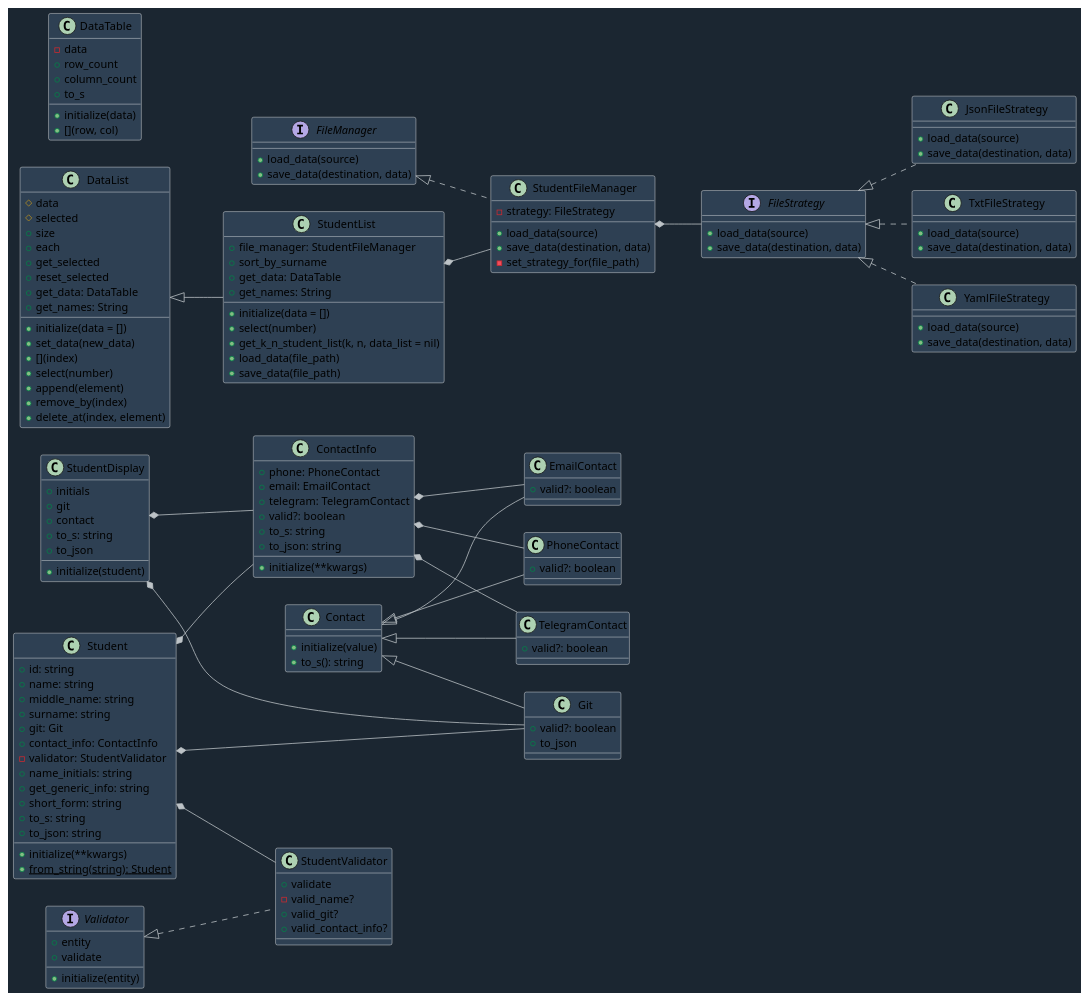
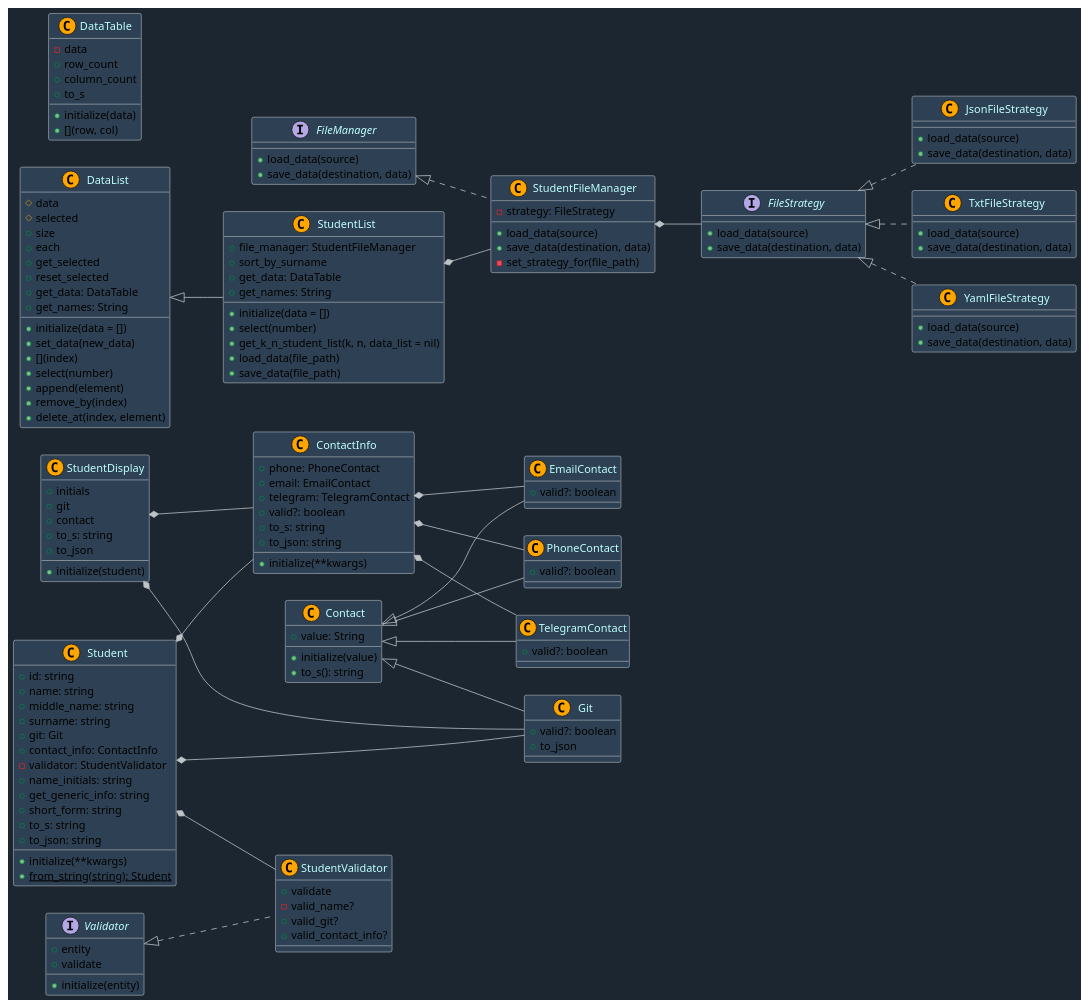
The diagram in Labs/diagram_builder.puml (SnowLukin/Pattern_Class), drawn with PlantUML before and after one commit.

Commit message:
Fixed diagram.

```diff
--- a/Labs/diagram_builder.puml
+++ b/Labs/diagram_builder.puml
@@ -1,163 +1,165 @@
 @startuml
 
 left to right direction
 skinparam backgroundColor #1B2631
 skinparam class {
   BackgroundColor #2E4053
   BorderColor #1111111
   ArrowColor #BDC3C7
+  FontColor #BFFFFF
 }
 
-class Contact {
+class Contact << (C, #FFA500) >> {
+    + value: String
     + initialize(value)
     + to_s(): string
 }
 
-class EmailContact extends Contact {
+class EmailContact << (C, #FFA500) >> extends Contact {
     + valid?: boolean
 }
 
-class PhoneContact extends Contact {
+class PhoneContact << (C, #FFA500) >> extends Contact {
     + valid?: boolean
 }
 
-class TelegramContact extends Contact {
+class TelegramContact << (C, #FFA500) >> extends Contact {
     + valid?: boolean
 }
 
-class Git extends Contact {
+class Git << (C, #FFA500) >> extends Contact {
     + valid?: boolean
     + to_json
 }
 
-class ContactInfo {
+class ContactInfo << (C, #FFA500) >> {
     + phone: PhoneContact
     + email: EmailContact
     + telegram: TelegramContact
     + initialize(**kwargs)
     + valid?: boolean
     + to_s: string
     + to_json: string
 }
 
-class Student {
+class Student << (C, #FFA500) >> {
     + id: string
     + name: string
     + middle_name: string
     + surname: string
     + git: Git
     + contact_info: ContactInfo
     - validator: StudentValidator
     + initialize(**kwargs)
     + name_initials: string
     + get_generic_info: string
     + short_form: string
     + to_s: string
     + to_json: string
     + {static} from_string(string): Student
 }
 
-class StudentDisplay {
+class StudentDisplay << (C, #FFA500) >> {
     + initials
     + git
     + contact
     + initialize(student)
     + to_s: string
     + to_json
 }
 
 interface Validator {
     + entity
     + initialize(entity)
     + validate
 }
 
-class StudentValidator implements Validator {
+class StudentValidator << (C, #FFA500) >>  implements Validator {
     + validate
     - valid_name?
     + valid_git?
     + valid_contact_info?
 }
 
 interface FileManager {
     + load_data(source)
     + save_data(destination, data)
 }
 
-class StudentFileManager implements FileManager {
+class StudentFileManager << (C, #FFA500) >>  implements FileManager {
     - strategy: FileStrategy
     + load_data(source)
     + save_data(destination, data)
     - set_strategy_for(file_path)
 }
 
 interface FileStrategy {
     + load_data(source)
     + save_data(destination, data)
 }
 
-class JsonFileStrategy implements FileStrategy {
+class JsonFileStrategy << (C, #FFA500) >>  implements FileStrategy {
     + load_data(source)
     + save_data(destination, data)
 }
 
-class TxtFileStrategy implements FileStrategy {
+class TxtFileStrategy << (C, #FFA500) >>  implements FileStrategy {
     + load_data(source)
     + save_data(destination, data)
 }
 
-class YamlFileStrategy implements FileStrategy {
+class YamlFileStrategy << (C, #FFA500) >>  implements FileStrategy {
     + load_data(source)
     + save_data(destination, data)
 }
 
-class DataTable {
+class DataTable << (C, #FFA500) >>  {
     - data
     + initialize(data)
     + [](row, col)
     + row_count
     + column_count
     + to_s
 }
 
-class DataList {
+class DataList << (C, #FFA500) >>  {
     # data
     # selected
     + initialize(data = [])
     + set_data(new_data)
     + [](index)
     + size
     + each
     + select(number)
     + get_selected
     + reset_selected
     + append(element)
     + remove_by(index)
     + delete_at(index, element)
     + get_data: DataTable
     + get_names: String
 }
 
-class StudentList extends DataList {
+class StudentList << (C, #FFA500) >>  extends DataList {
     + file_manager: StudentFileManager
     + initialize(data = [])
     + select(number)
     + sort_by_surname
     + get_k_n_student_list(k, n, data_list = nil)
     + load_data(file_path)
     + save_data(file_path)
     + get_data: DataTable
     + get_names: String
 }
 
 ContactInfo *-- PhoneContact
 ContactInfo *-- EmailContact
 ContactInfo *-- TelegramContact
 Student *-- ContactInfo
 Student *-- Git
 Student *-- StudentValidator
 StudentList *-- StudentFileManager
 StudentFileManager *-- FileStrategy
 StudentDisplay *-- Git
 StudentDisplay *-- ContactInfo
 @enduml
```
